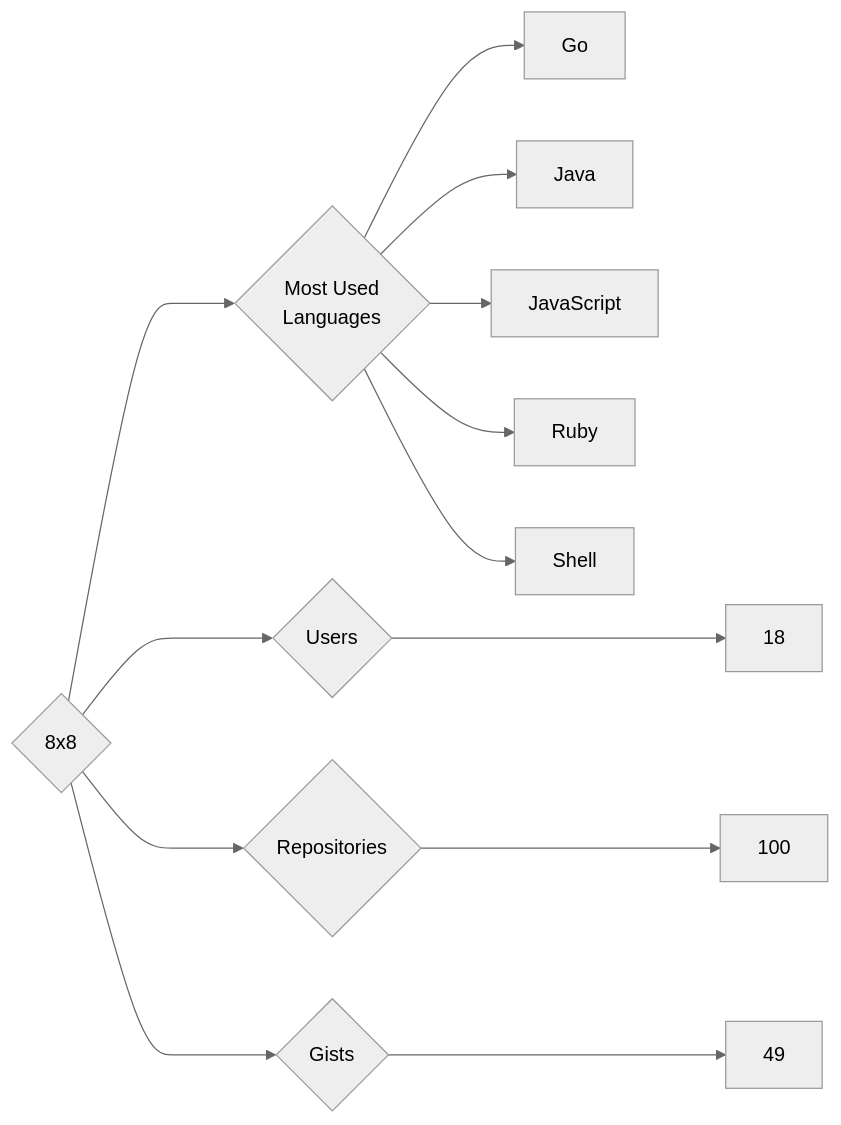
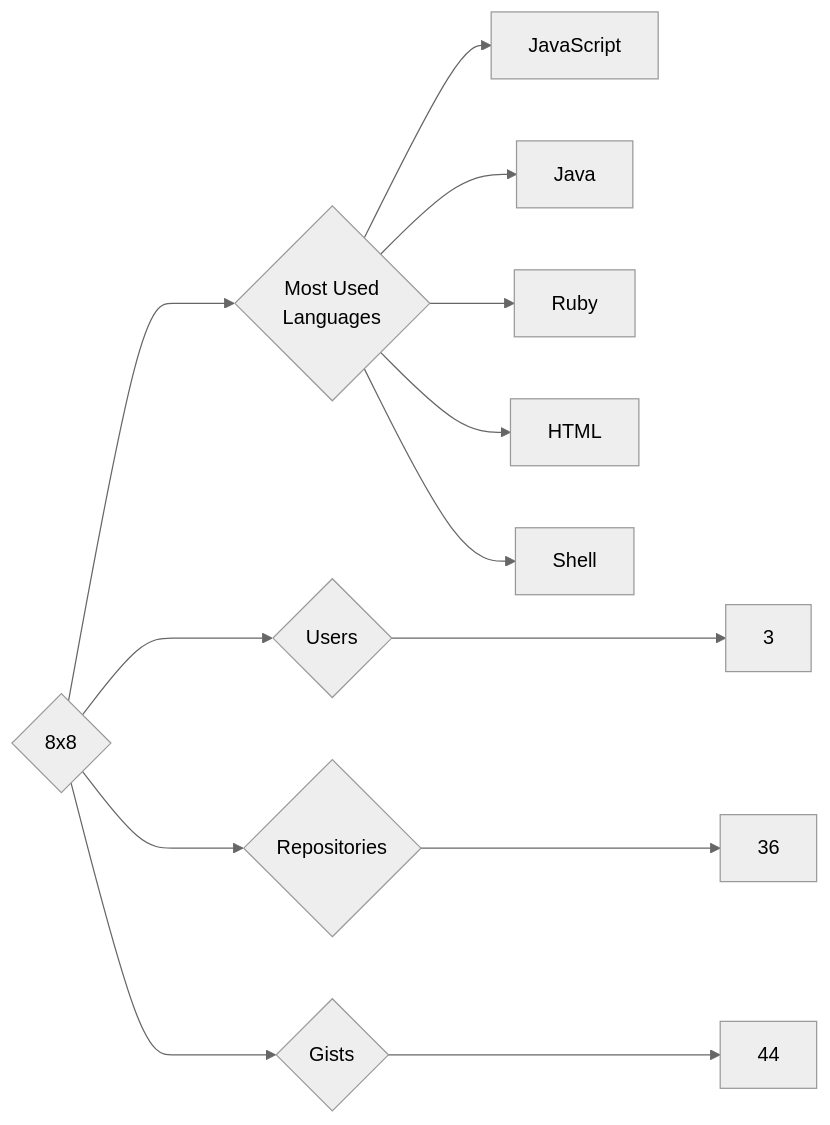
The diagram in targets/8x8/README.md (trickest/insiders), drawn with Mermaid (neutral theme) before and after one commit. The commit also changed 888 other files, not shown here.

````diff
--- a/targets/8x8/README.md
+++ b/targets/8x8/README.md
@@ -3,13 +3,13 @@
 ```mermaid
 graph LR
 COMPANY_NAME{8x8}
-COMPANY_NAME ---> U{Users} ---> UN[18]
-COMPANY_NAME ---> R{Repositories} ---> RN[100]
-COMPANY_NAME ---> G{Gists} ---> GN[49]
+COMPANY_NAME ---> U{Users} ---> UN[3]
+COMPANY_NAME ---> R{Repositories} ---> RN[36]
+COMPANY_NAME ---> G{Gists} ---> GN[44]
 COMPANY_NAME ---> ML{Most Used<br>Languages}
-ML --> Go[Go]
+ML --> JavaScript[JavaScript]
 ML --> Java[Java]
-ML --> JavaScript[JavaScript]
 ML --> Ruby[Ruby]
+ML --> HTML[HTML]
 ML --> Shell[Shell]
 ```
````
